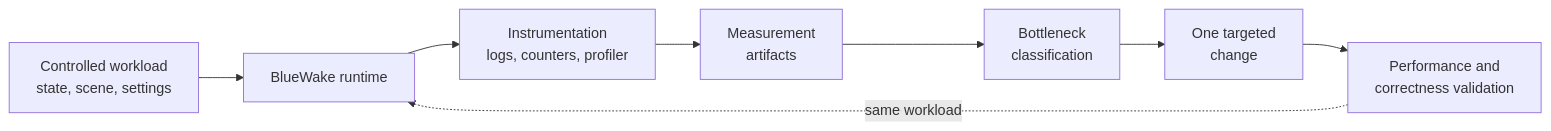
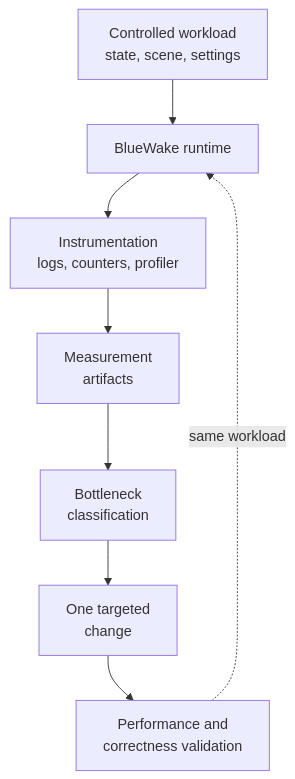
Before and after one commit to Aelbannan/boat_of_daphnes: the first of 5 diagrams in docs/performance/Overview.md, drawn with Mermaid. The commit also changed other lines of this file, not shown here.

Commit message:
docs: prevent performance diagram truncation

````diff
--- a/docs/performance/Overview.md
+++ b/docs/performance/Overview.md
@@ -44,14 +44,20 @@
 ```mermaid
-flowchart LR
-    Workload["Controlled workload<br/>state, scene, settings"]
+flowchart TD
+    Workload["`Controlled workload
+state, scene, settings`"]
     Runtime["BlueWake runtime"]
-    Measure["Instrumentation<br/>logs, counters, profiler"]
-    Evidence["Measurement<br/>artifacts"]
-    Diagnose["Bottleneck<br/>classification"]
-    Change["One targeted<br/>change"]
-    Validate["Performance and<br/>correctness validation"]
+    Measure["`Instrumentation
+logs, counters, profiler`"]
+    Evidence["`Measurement
+artifacts`"]
+    Diagnose["`Bottleneck
+classification`"]
+    Change["`One targeted
+change`"]
+    Validate["`Performance and
+correctness validation`"]
 
     Workload --> Runtime --> Measure --> Evidence
     Evidence --> Diagnose --> Change --> Validate
     Validate -. "same workload" .-> Runtime
 ```
````
